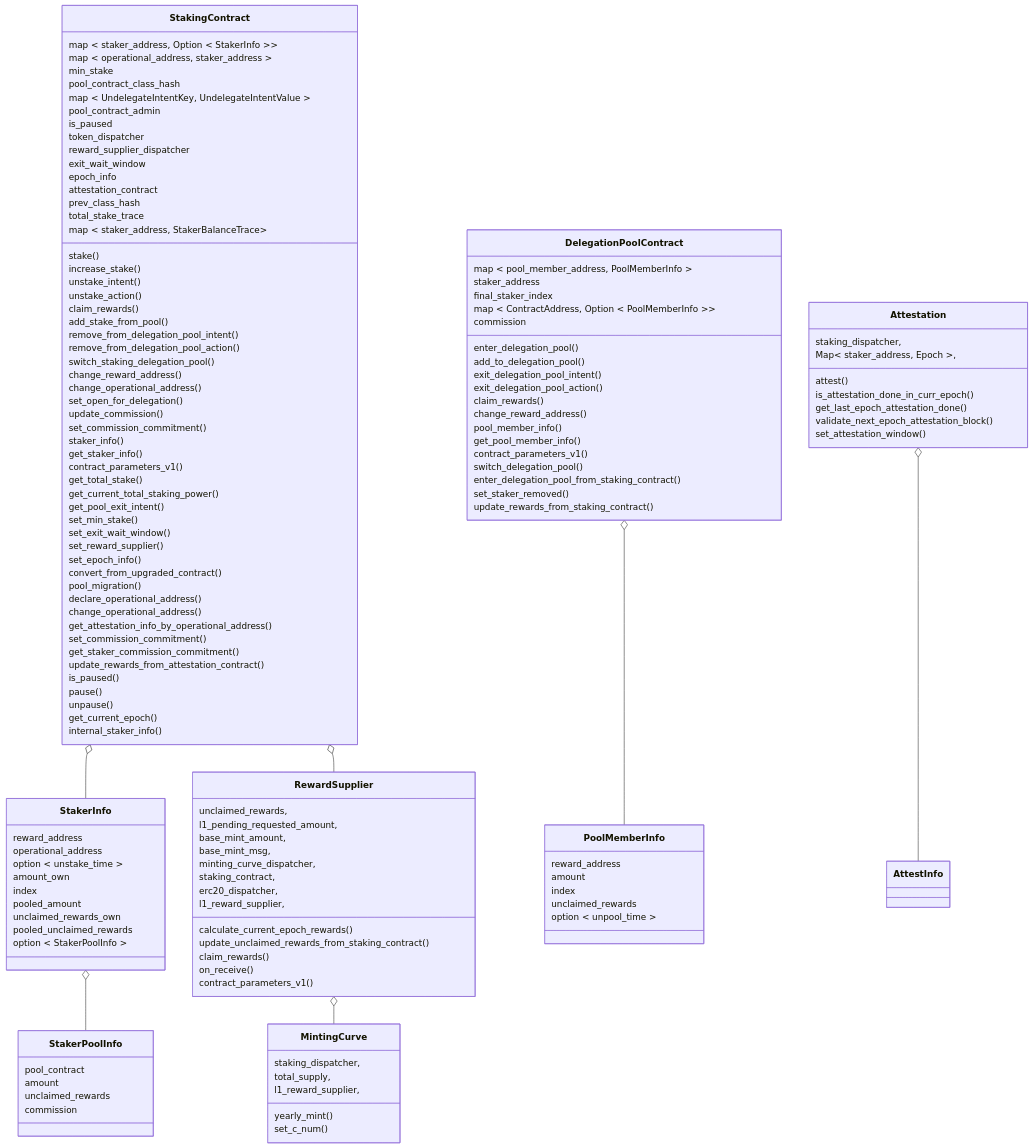
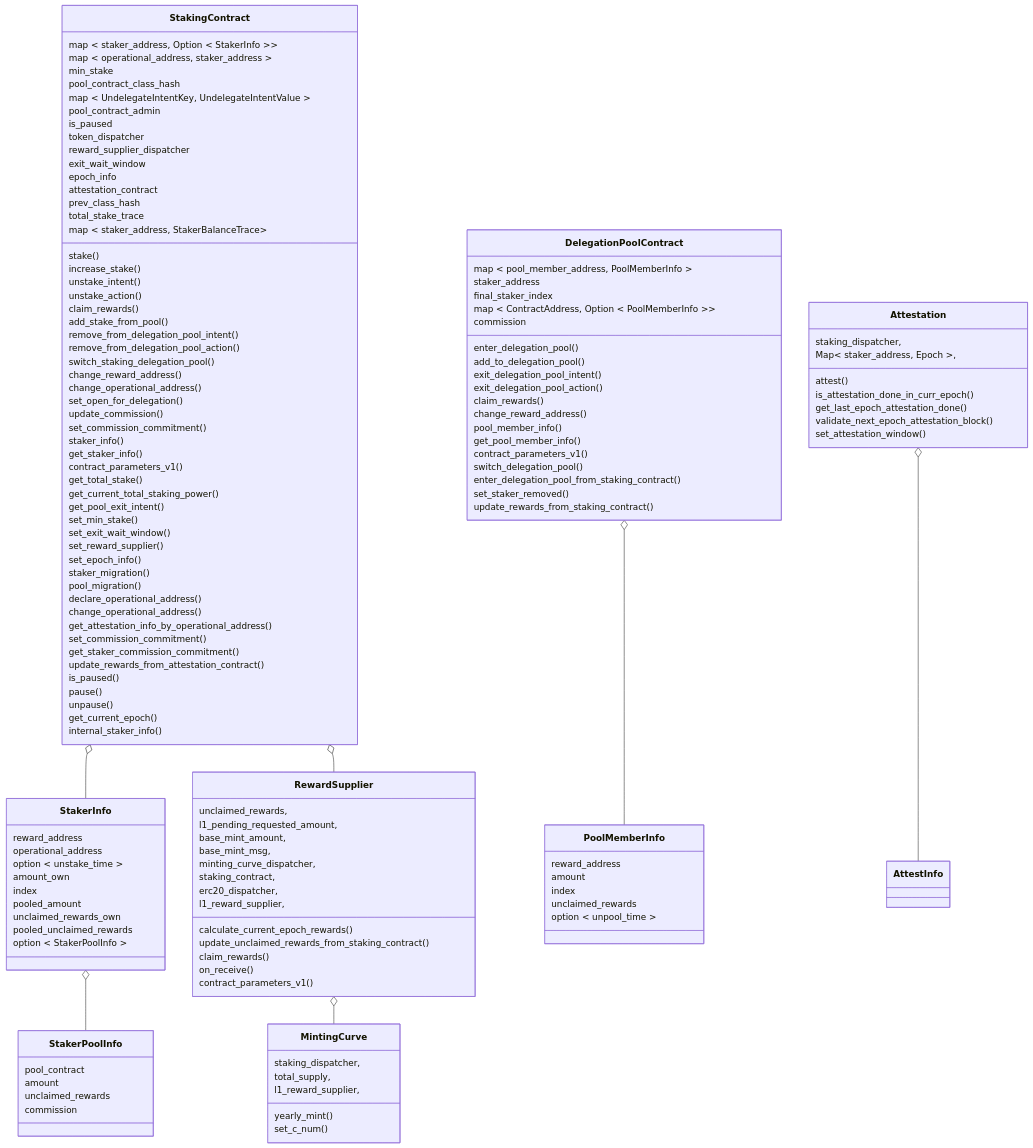
The first of 8 diagrams in workspace/apps/staking/docs/spec.md (starkware-libs/starknet-staking), drawn with Mermaid before and after one commit. The commit also changed other lines of this file and 8 other files, not shown here.

Commit message:
feat(staking): staker_migration (#3988)

```diff
--- a/workspace/apps/staking/docs/spec.md
+++ b/workspace/apps/staking/docs/spec.md
@@ -270,7 +272,7 @@
     set_exit_wait_window()
     set_reward_supplier()
     set_epoch_info()
-    convert_from_upgraded_contract()
+    staker_migration()
     pool_migration()
     declare_operational_address()
     change_operational_address()
```
